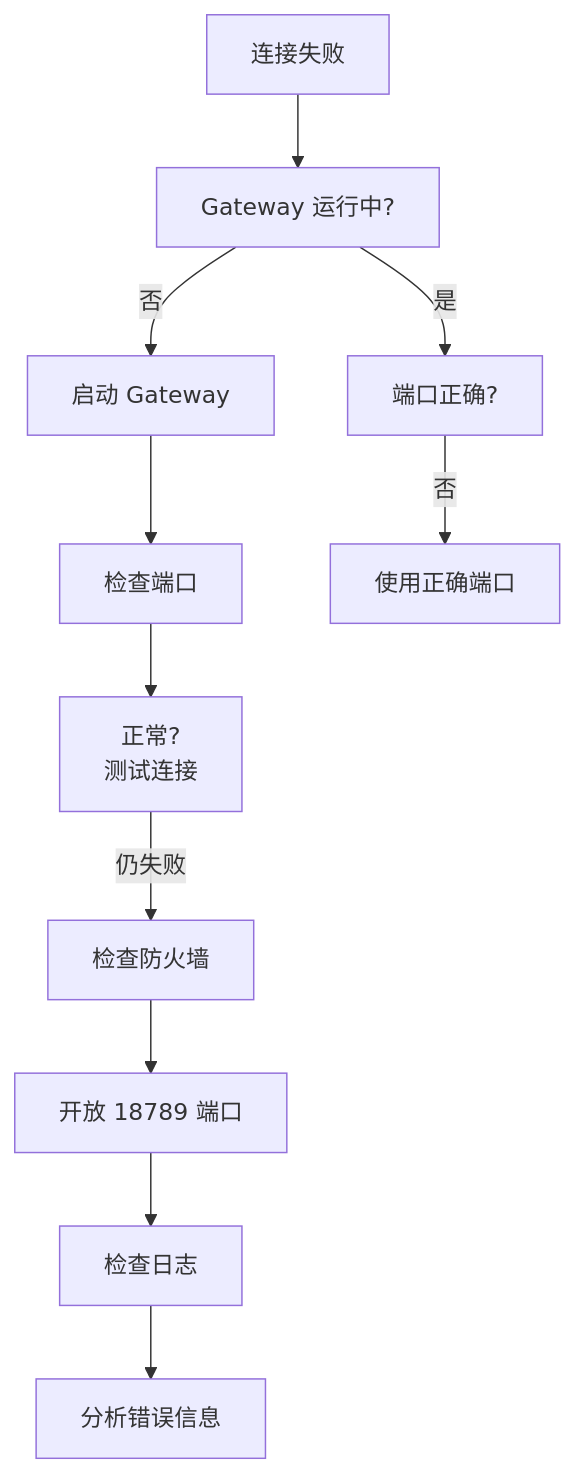
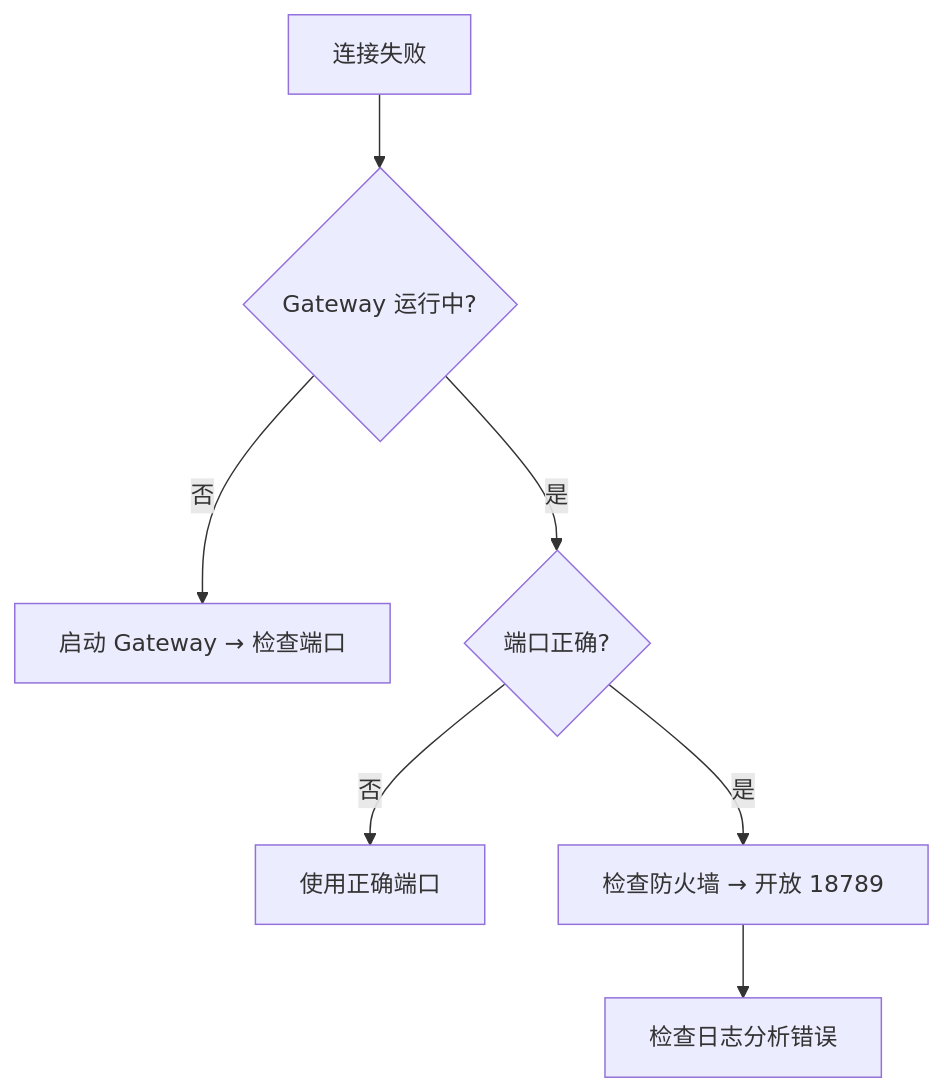
One commit to caicongyang/bloger changed diagram 18 of 19 in openclaw/FAQ.md. Above: the diagram before and after it, drawn with Mermaid. The commit also changed other lines of this file and 13 other files, not shown here.

````diff
--- a/openclaw/FAQ.md
+++ b/openclaw/FAQ.md
@@ -1144,16 +934,9 @@
 ```mermaid
 flowchart TD
-    A[连接失败] --> B[Gateway 运行中?]
-    B -->|否| C[启动 Gateway]
-    C --> D[检查端口]
-    D --> E[正常?<br/>测试连接]
-    
-    B -->|是| F[端口正确?]
-    F -->|否| G[使用正确端口]
-    
-    E -->|仍失败| H[检查防火墙]
-    H --> I[开放 18789 端口]
-    
-    I --> J[检查日志]
-    J --> K[分析错误信息]
+    A[连接失败] --> B{Gateway 运行中?}
+    B -->|否| C["启动 Gateway → 检查端口"]
+    B -->|是| D{端口正确?}
+    D -->|否| E[使用正确端口]
+    D -->|是| F[检查防火墙 → 开放 18789]
+    F --> G[检查日志分析错误]
 ```
````
